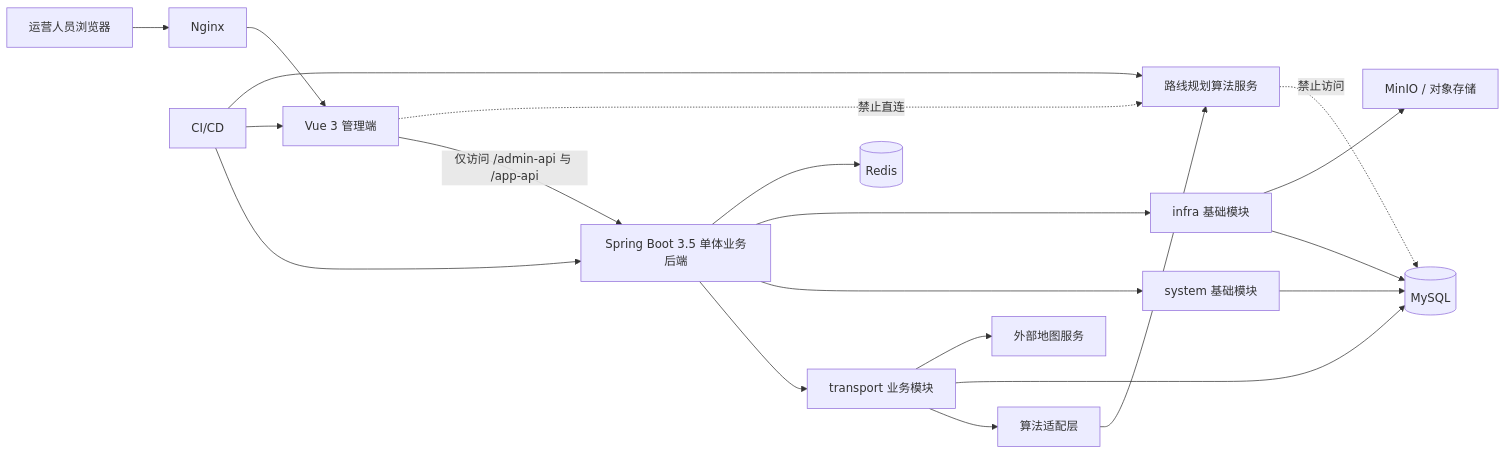
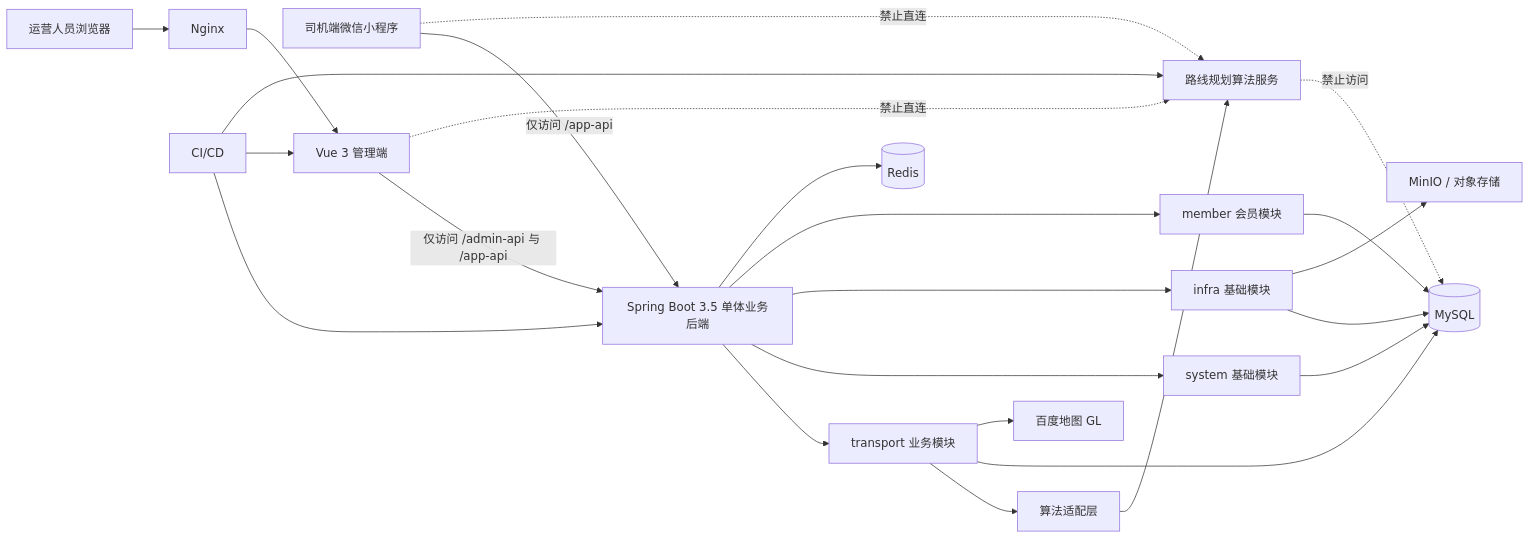
Before and after one commit to cgp-team/cargo-post-platform: the diagram in docs/architecture.md, drawn with Mermaid. The commit also changed other lines of this file and 7 other files, not shown here.

````diff
--- a/docs/architecture.md
+++ b/docs/architecture.md
@@ -5,23 +5,27 @@
 ```mermaid
 flowchart LR
     User["运营人员浏览器"] --> Nginx["Nginx"]
+    Driver["司机端微信小程序"] -->|"仅访问 /app-api"| Backend
     Nginx --> UI["Vue 3 管理端"]
     UI -->|"仅访问 /admin-api 与 /app-api"| Backend["Spring Boot 3.5 单体业务后端"]
     Backend --> Transport["transport 业务模块"]
     Backend --> System["system 基础模块"]
     Backend --> Infra["infra 基础模块"]
+    Backend --> Member["member 会员模块"]
     Transport --> Adapter["算法适配层"]
     Adapter --> Algorithm["路线规划算法服务"]
     Transport --> DB[("MySQL")]
     System --> DB
     Infra --> DB
+    Member --> DB
     Backend --> Redis[("Redis")]
     Infra --> Storage["MinIO / 对象存储"]
-    Transport --> Map["外部地图服务"]
+    Transport --> Map["百度地图 GL"]
     CICD["CI/CD"] --> Backend
     CICD --> UI
     CICD --> Algorithm
 
     UI -. "禁止直连" .-> Algorithm
+    Driver -. "禁止直连" .-> Algorithm
     Algorithm -. "禁止访问" .-> DB
 ```
````
